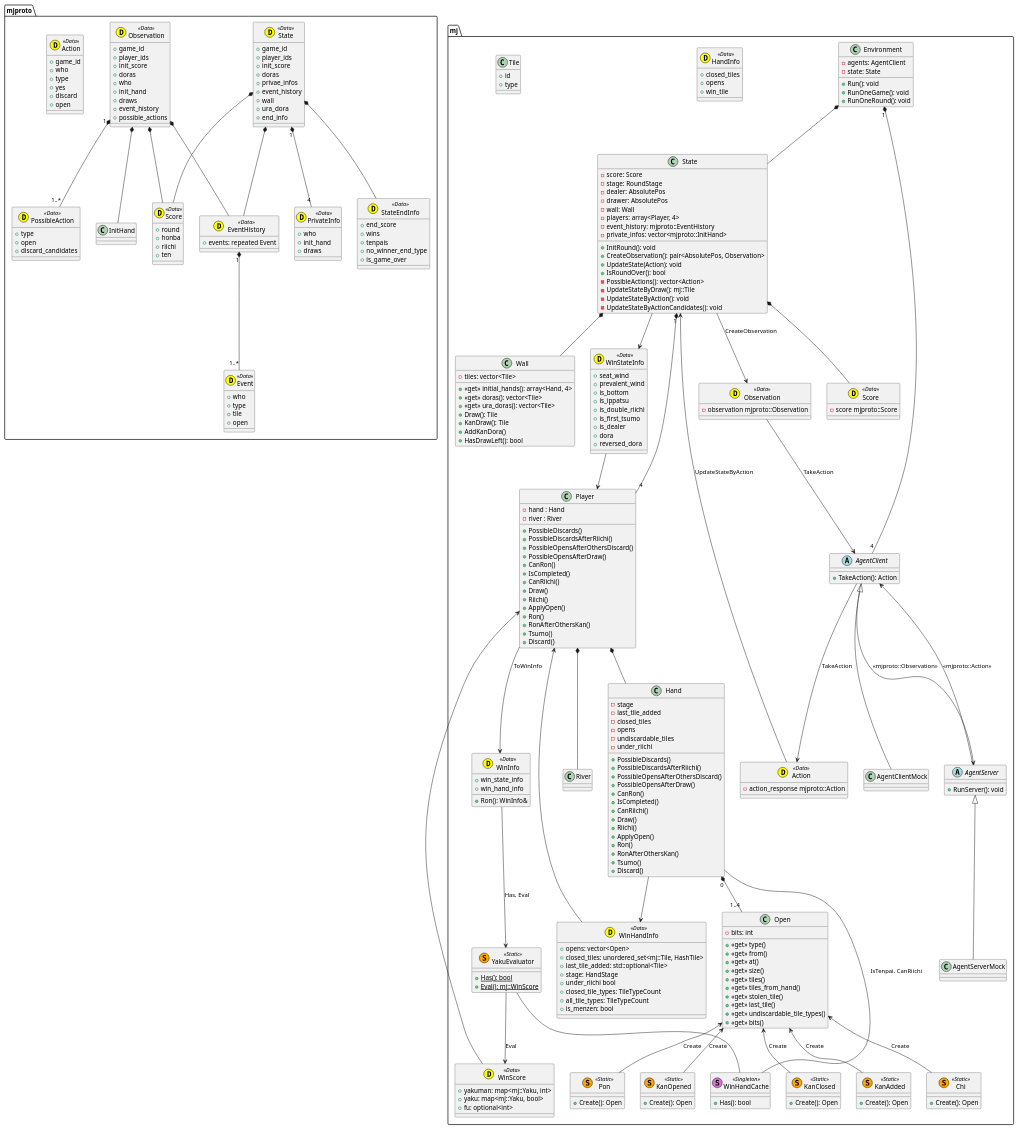
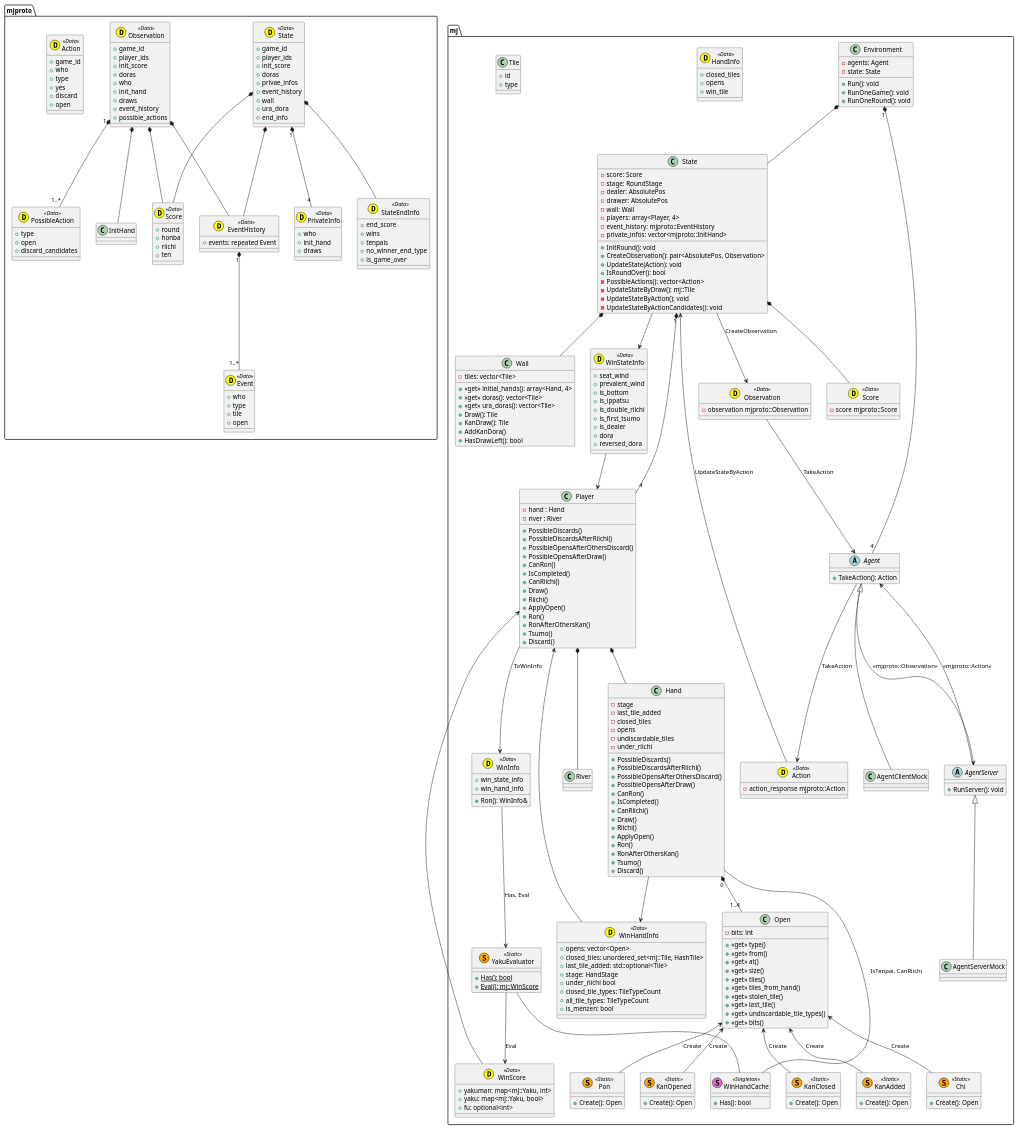
One commit to mjx-project/mjx changed the diagram in plantuml/diagram.pu. Above: the diagram before and after it, drawn with PlantUML. The commit also changed 9 other files, not shown here.

Commit message:
refactor: rename AgentClient => Agent

```diff
--- a/plantuml/diagram.pu
+++ b/plantuml/diagram.pu
@@ -87,7 +87,7 @@
 
 
 class mj::Environment {
-    - agents: AgentClient
+    - agents: Agent
     - state: State
     + Run(): void
     + RunOneGame(): void
@@ -186,7 +186,7 @@
     - observation mjproto::Observation
 }
 
-abstract class mj::AgentClient {
+abstract class mj::Agent {
     + TakeAction(): Action
 }
 
@@ -289,7 +289,7 @@
 }
 
 
-mj::Environment "1" *-- "4" mj::AgentClient
+mj::Environment "1" *-- "4" mj::Agent
 mj::Environment *-- mj::State 
 
 mj::State <-- mj::Action : UpdateStateByAction
@@ -301,7 +301,7 @@
 
 mj::WinStateInfo --> mj::Player
 
-mj::Observation --> mj::AgentClient : TakeAction
+mj::Observation --> mj::Agent : TakeAction
 
 mj::Player *-- mj::Hand
 mj::Player *-- mj::River 
@@ -326,11 +326,11 @@
 
 mj::WinScore --> mj::Player
 
-mj::AgentClient --> mj::AgentServer : <<mjproto::Observation>>
-mj::AgentClient --> mj::Action : TakeAction
-mj::AgentClient <|-- mj::AgentClientMock
+mj::Agent --> mj::AgentServer : <<mjproto::Observation>>
+mj::Agent --> mj::Action : TakeAction
+mj::Agent <|-- mj::AgentClientMock
 
-mj::AgentServer --> mj::AgentClient : <<mjproto::Action>>
+mj::AgentServer --> mj::Agent : <<mjproto::Action>>
 mj::AgentServer <|-- mj::AgentServerMock
 
 
```
